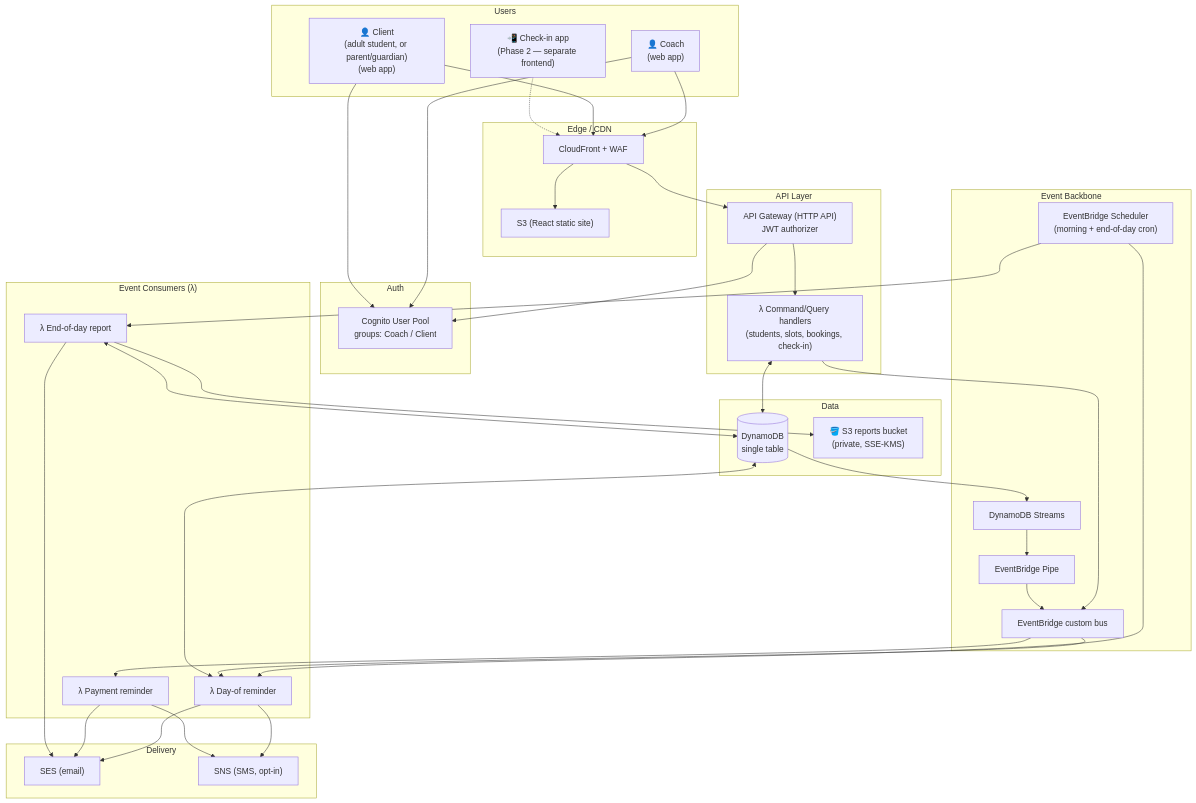
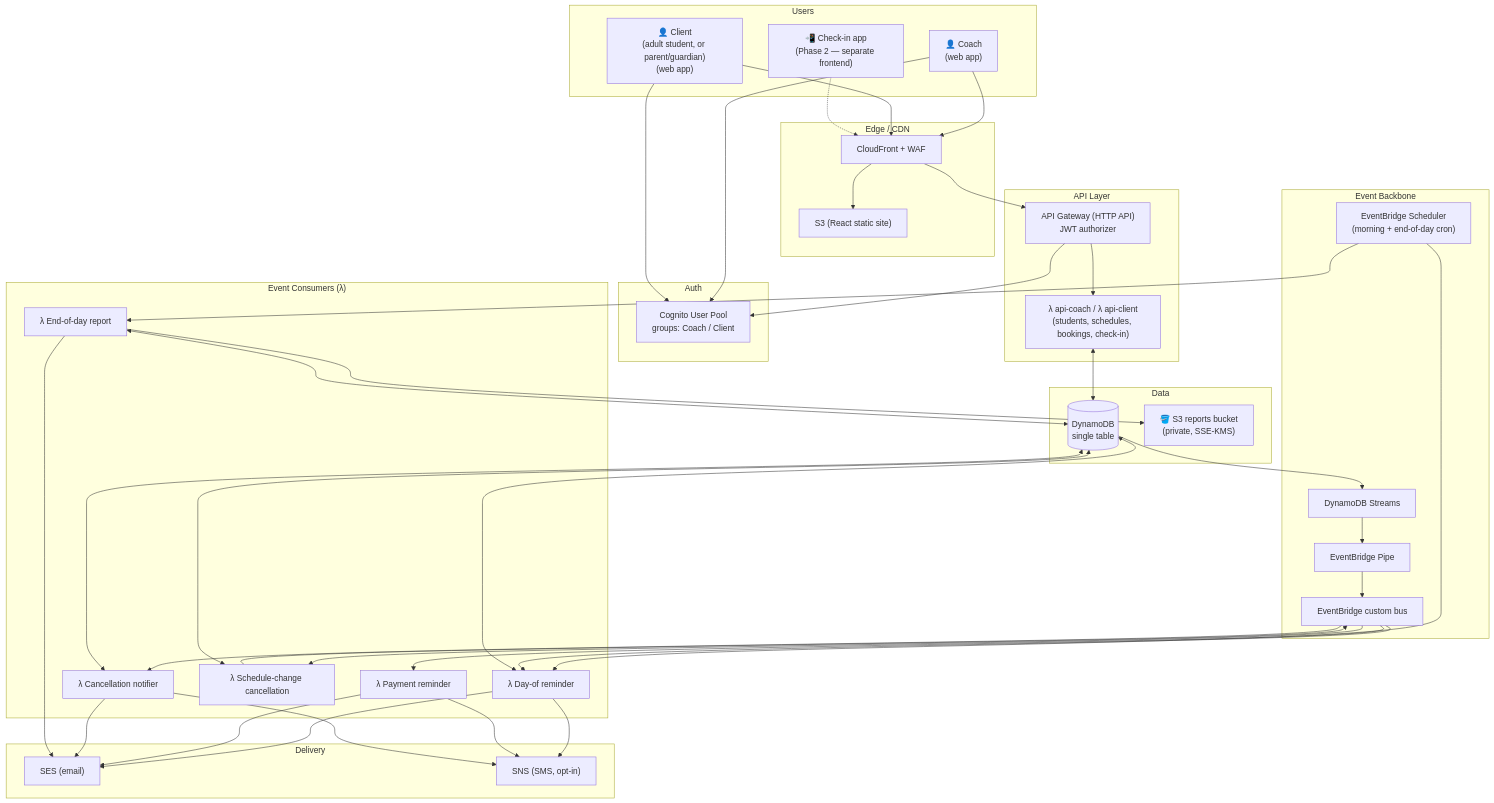
The first of 7 diagrams in docs/architecture.md (jessicamvega6/bladebook), drawn with Mermaid before and after one commit. The commit also changed other lines of this file, not shown here.

````diff
--- a/docs/architecture.md
+++ b/docs/architecture.md
@@ -56,68 +62,73 @@
 ```mermaid
 flowchart TB
     subgraph Users
         Coach["👤 Coach<br/>(web app)"]
         Client["👤 Client<br/>(adult student, or parent/guardian)<br/>(web app)"]
         CheckIn["📲 Check-in app<br/>(Phase 2 — separate frontend)"]
     end
 
     subgraph Edge["Edge / CDN"]
         CF["CloudFront + WAF"]
         S3["S3 (React static site)"]
     end
 
     subgraph Auth
         Cognito["Cognito User Pool<br/>groups: Coach / Client"]
     end
 
     subgraph API["API Layer"]
         APIGW["API Gateway (HTTP API)<br/>JWT authorizer"]
-        L_Api["λ Command/Query handlers<br/>(students, slots, bookings, check-in)"]
+        L_Api["λ api-coach / λ api-client<br/>(students, schedules, bookings, check-in)"]
     end
 
     subgraph Events["Event Backbone"]
         Stream["DynamoDB Streams"]
         Pipe["EventBridge Pipe"]
         Bus["EventBridge custom bus"]
         Sched["EventBridge Scheduler<br/>(morning + end-of-day cron)"]
     end
 
     subgraph Consumers["Event Consumers (λ)"]
         L_Remind["λ Day-of reminder"]
         L_Pay["λ Payment reminder"]
         L_Report["λ End-of-day report"]
+        L_Cancel["λ Schedule-change cancellation"]
+        L_Notify["λ Cancellation notifier"]
     end
 
     subgraph Data
         DDB[("DynamoDB<br/>single table")]
         Reports["🪣 S3 reports bucket<br/>(private, SSE-KMS)"]
     end
 
     subgraph Notify["Delivery"]
         SES["SES (email)"]
         SNS["SNS (SMS, opt-in)"]
     end
 
     Coach --> CF
     Client --> CF
     CheckIn -.-> CF
     CF --> S3
     Coach & Client --> Cognito
     CF --> APIGW
     APIGW --> Cognito
     APIGW --> L_Api
     L_Api <--> DDB
-    L_Api --> Bus
 
     DDB --> Stream --> Pipe --> Bus
     Sched --> L_Remind
     Sched --> L_Report
     Bus --> L_Pay
     Bus --> L_Remind
+    Bus --> L_Cancel
+    L_Cancel --> Bus
+    Bus --> L_Notify
 
     L_Remind --> SES & SNS
     L_Pay --> SES & SNS
+    L_Notify --> SES & SNS
     L_Report --> SES
     L_Report --> Reports
-    L_Remind & L_Report <--> DDB
+    L_Remind & L_Report & L_Cancel & L_Notify <--> DDB
 ```
````
